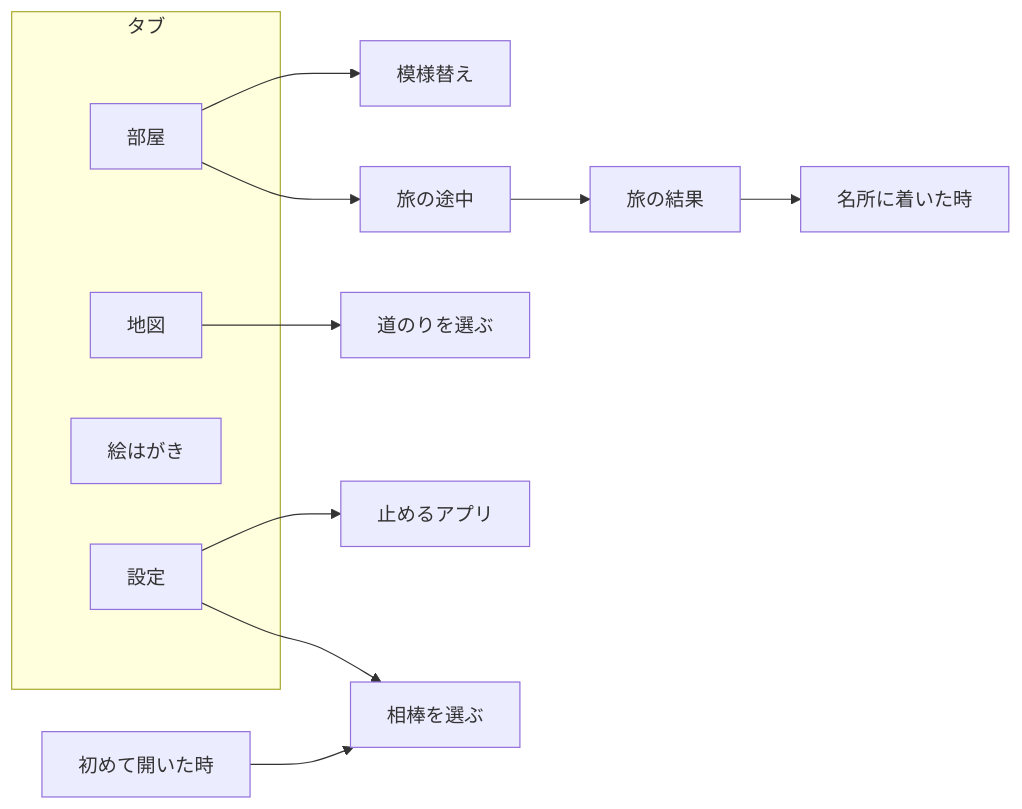
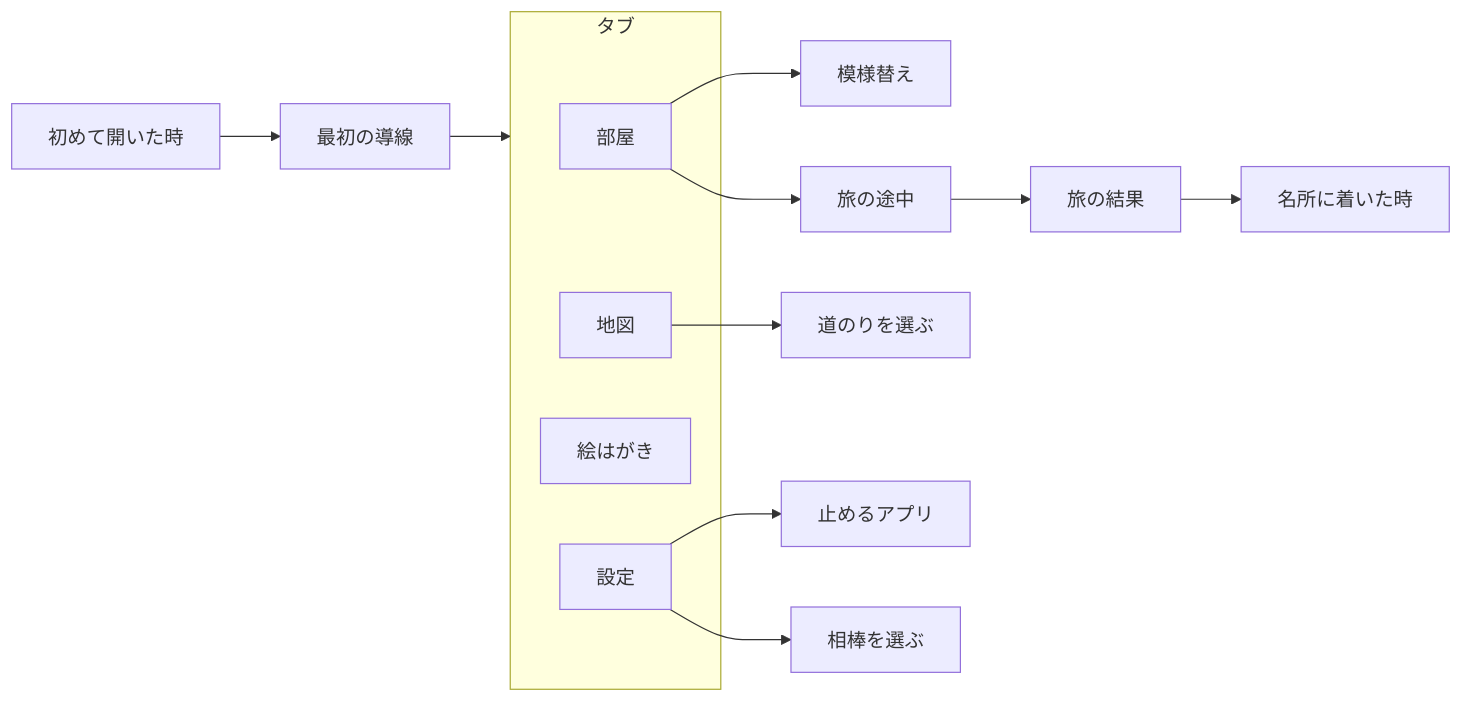
The diagram in docs/roadmap.md (yossibank/unscroll), drawn with Mermaid before and after one commit. The commit also changed other lines of this file and 23 other files, not shown here.

First line of the commit message:
feat: add the first-run onboarding (#66)

````diff
--- a/docs/roadmap.md
+++ b/docs/roadmap.md
@@ -37,17 +38,18 @@
 ```mermaid
 flowchart LR
-    first["初めて開いた時"] --> companion["相棒を選ぶ"]
+    first["初めて開いた時"] --> onboarding["最初の導線"]
+    onboarding --> tabs
     subgraph tabs["タブ"]
         room["部屋"]
         map["地図"]
         album["絵はがき"]
         set["設定"]
     end
     room --> decor["模様替え"]
     map --> routes["道のりを選ぶ"]
     room --> trip["旅の途中"]
     trip --> result["旅の結果"]
     result --> arrive["名所に着いた時"]
     set --> pick["止めるアプリ"]
-    set --> companion
+    set --> companion["相棒を選ぶ"]
 ```
````
